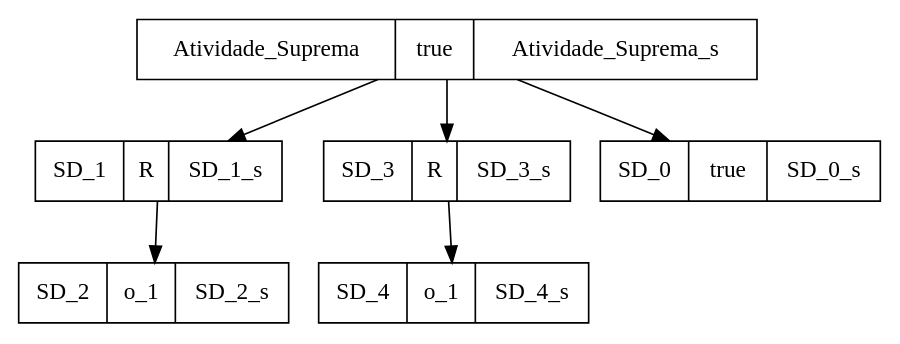
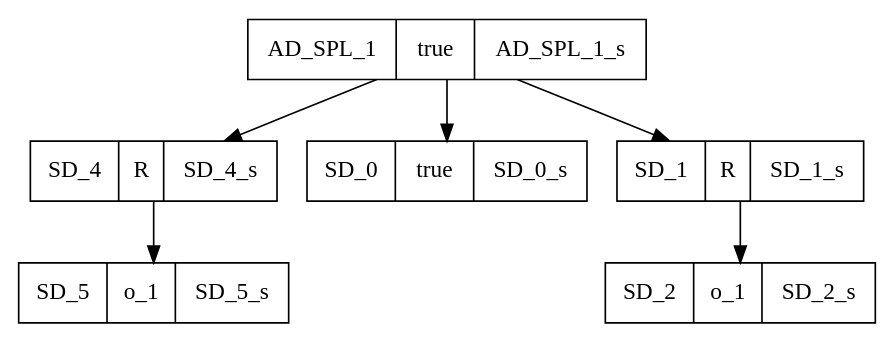
One commit to SPLMC/spl-generator changed the diagram in src/results_joao/2/rdg_rdg.dot. Above: the diagram before and after it, drawn with Graphviz. The commit also changed 35 other files, not shown here.

```diff
--- a/src/results_joao/2/rdg_rdg.dot
+++ b/src/results_joao/2/rdg_rdg.dot
@@ -1,13 +1,13 @@
 digraph graphname {
-Atividade_Suprema[shape=record, label="{{Atividade_Suprema|true|Atividade_Suprema_s}}"];
+AD_SPL_1[shape=record, label="{{AD_SPL_1|true|AD_SPL_1_s}}"];
+SD_4[shape=record, label="{{SD_4|R|SD_4_s}}"];
+SD_5[shape=record, label="{{SD_5|o_1|SD_5_s}}"];
+SD_0[shape=record, label="{{SD_0|true|SD_0_s}}"];
 SD_1[shape=record, label="{{SD_1|R|SD_1_s}}"];
 SD_2[shape=record, label="{{SD_2|o_1|SD_2_s}}"];
-SD_3[shape=record, label="{{SD_3|R|SD_3_s}}"];
-SD_4[shape=record, label="{{SD_4|o_1|SD_4_s}}"];
-SD_0[shape=record, label="{{SD_0|true|SD_0_s}}"];
-Atividade_Suprema -> SD_1;
+AD_SPL_1 -> SD_4;
+SD_4 -> SD_5;
+AD_SPL_1 -> SD_0;
+AD_SPL_1 -> SD_1;
 SD_1 -> SD_2;
-Atividade_Suprema -> SD_3;
-SD_3 -> SD_4;
-Atividade_Suprema -> SD_0;
 }
```
